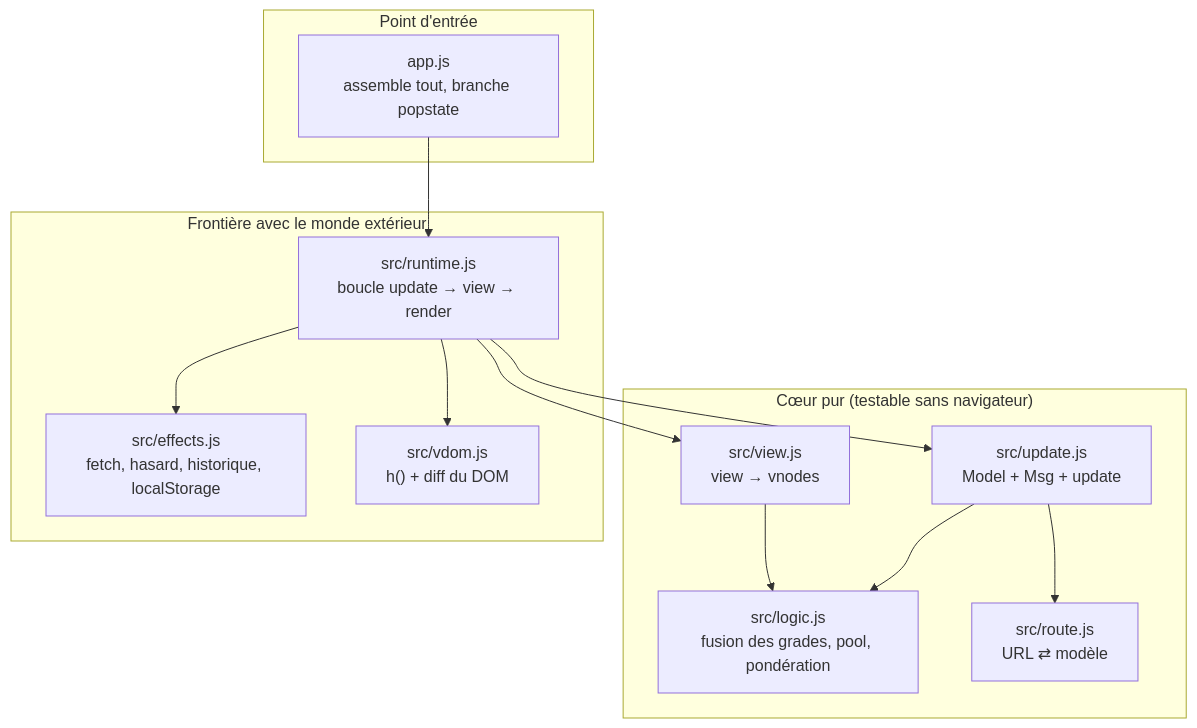
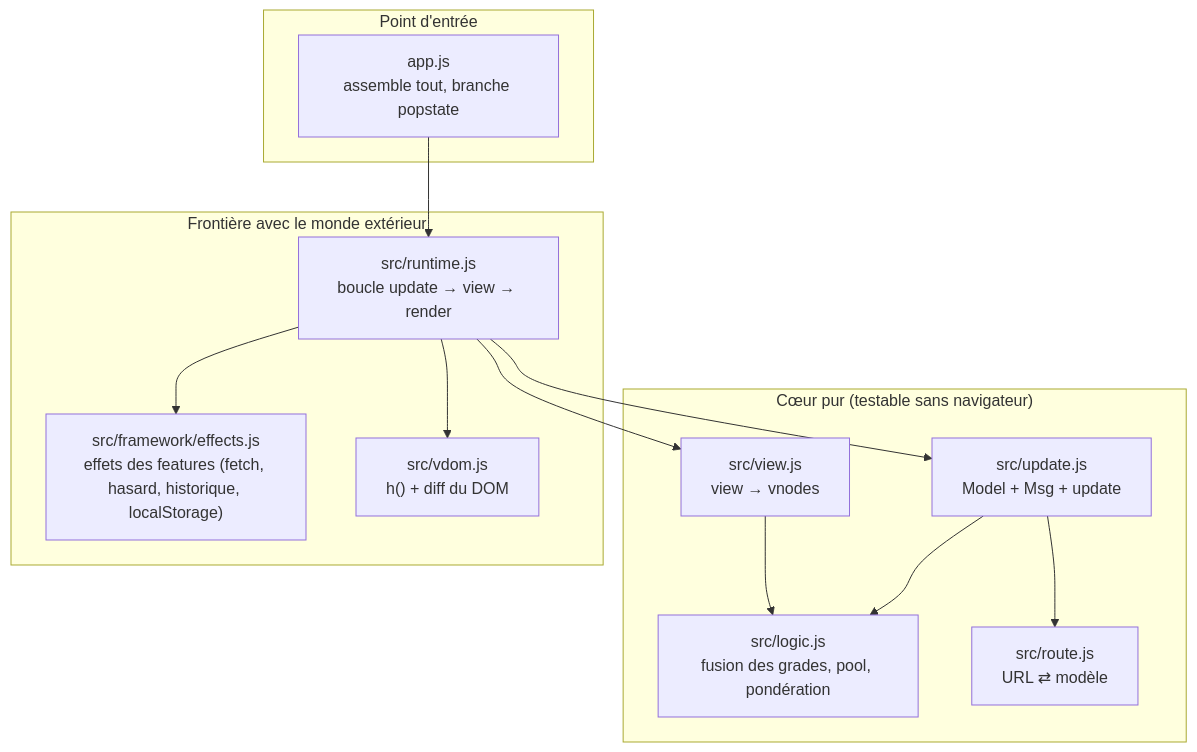
The second of 6 diagrams in README.md (devsigner/aikido-trainer), drawn with Mermaid before and after one commit. The commit also changed other lines of this file and 9 other files, not shown here.

Commit message:
Move effects composition into the framework (v.40)

````diff
--- a/README.md
+++ b/README.md
@@ -122,25 +122,25 @@
 ```mermaid
 flowchart TB
     subgraph entry["Point d'entrée"]
         APP["app.js<br/>assemble tout, branche popstate"]
     end
     subgraph pure["Cœur pur (testable sans navigateur)"]
         UPD["src/update.js<br/>Model + Msg + update"]
         VIEW["src/view.js<br/>view → vnodes"]
         LOG["src/logic.js<br/>fusion des grades, pool, pondération"]
         ROUTE["src/route.js<br/>URL ⇄ modèle"]
     end
     subgraph impure["Frontière avec le monde extérieur"]
         RUN["src/runtime.js<br/>boucle update → view → render"]
-        EFF["src/effects.js<br/>fetch, hasard, historique, localStorage"]
+        EFF["src/framework/effects.js<br/>effets des features (fetch, hasard, historique, localStorage)"]
         VDOM["src/vdom.js<br/>h() + diff du DOM"]
     end
     APP --> RUN
     RUN --> UPD
     RUN --> VIEW
     RUN --> EFF
     RUN --> VDOM
     UPD --> LOG
     UPD --> ROUTE
     VIEW --> LOG
 ```
````
